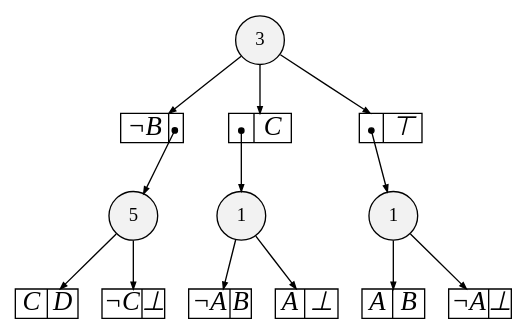
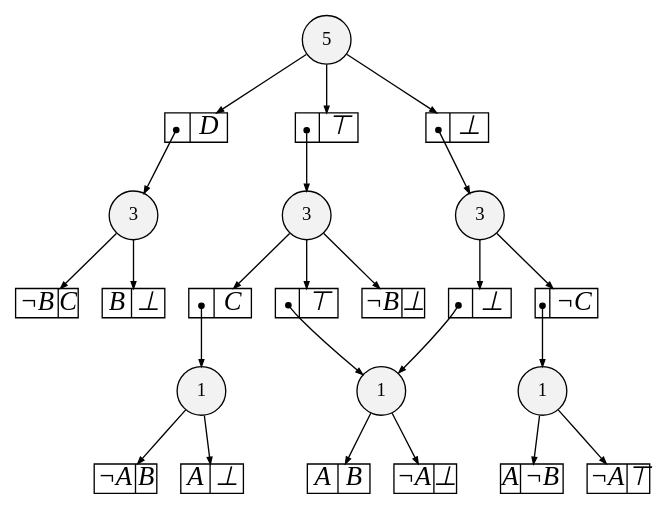
Before and after one commit to Soichi-Utsunomiya/FTA-by-SDD: the diagram in output/sddEx_sdd.dot, drawn with Graphviz. The commit also changed 16 other files, not shown here.

```diff
--- a/output/sddEx_sdd.dot
+++ b/output/sddEx_sdd.dot
@@ -3,13 +3,13 @@
 
 overlap=false
 
-{rank=same; n16 }
-{rank=same; n17 }
-{rank=same; n11 n14 }
+{rank=same; n20 }
+{rank=same; n15 n19 n18 }
+{rank=same; n14 n11 n13 }
 
-n16 [label= "5",style=filled,fillcolor=gray95,shape=circle,height=.25,width=.25]; 
-n16e0
-      [label= "<L>C|<R>D",
+n20 [label= "5",style=filled,fillcolor=gray95,shape=circle,height=.25,width=.25]; 
+n20e0
+      [label= "<L>|<R>D",
       shape=record,
       fontsize=20,
       fontname="Times-Italic",
@@ -19,9 +19,10 @@
       height=.30, 
       width=.65];
 
-n16->n16e0 [arrowsize=.50];
-n16e1
-      [label= "<L>&not;C|<R>&#8869;",
+n20->n20e0 [arrowsize=.50];
+n20e0:L:c->n18 [arrowsize=.50,tailclip=false,arrowtail=dot,dir=both];
+n20e1
+      [label= "<L>|<R>&#8868;",
       shape=record,
       fontsize=20,
       fontname="Times-Italic",
@@ -31,10 +32,10 @@
       height=.30, 
       width=.65];
 
-n16->n16e1 [arrowsize=.50];
-n17 [label= "3",style=filled,fillcolor=gray95,shape=circle,height=.25,width=.25]; 
-n17e0
-      [label= "<L>&not;B|<R>",
+n20->n20e1 [arrowsize=.50];
+n20e1:L:c->n15 [arrowsize=.50,tailclip=false,arrowtail=dot,dir=both];
+n20e2
+      [label= "<L>|<R>&#8869;",
       shape=record,
       fontsize=20,
       fontname="Times-Italic",
@@ -44,9 +45,10 @@
       height=.30, 
       width=.65];
 
-n17->n17e0 [arrowsize=.50];
-n17e0:R:c->n16 [arrowsize=.50,tailclip=false,arrowtail=dot,dir=both];
-n17e1
+n20->n20e2 [arrowsize=.50];
+n20e2:L:c->n19 [arrowsize=.50,tailclip=false,arrowtail=dot,dir=both];
+n15 [label= "3",style=filled,fillcolor=gray95,shape=circle,height=.25,width=.25]; 
+n15e0
       [label= "<L>|<R>C",
       shape=record,
       fontsize=20,
@@ -57,9 +59,9 @@
       height=.30, 
       width=.65];
 
-n17->n17e1 [arrowsize=.50];
-n17e1:L:c->n14 [arrowsize=.50,tailclip=false,arrowtail=dot,dir=both];
-n17e2
+n15->n15e0 [arrowsize=.50];
+n15e0:L:c->n14 [arrowsize=.50,tailclip=false,arrowtail=dot,dir=both];
+n15e1
       [label= "<L>|<R>&#8868;",
       shape=record,
       fontsize=20,
@@ -70,8 +72,97 @@
       height=.30, 
       width=.65];
 
-n17->n17e2 [arrowsize=.50];
-n17e2:L:c->n11 [arrowsize=.50,tailclip=false,arrowtail=dot,dir=both];
+n15->n15e1 [arrowsize=.50];
+n15e1:L:c->n11 [arrowsize=.50,tailclip=false,arrowtail=dot,dir=both];
+n15e2
+      [label= "<L>&not;B|<R>&#8869;",
+      shape=record,
+      fontsize=20,
+      fontname="Times-Italic",
+      fillcolor=white,
+      style=filled,
+      fixedsize=true,
+      height=.30, 
+      width=.65];
+
+n15->n15e2 [arrowsize=.50];
+n19 [label= "3",style=filled,fillcolor=gray95,shape=circle,height=.25,width=.25]; 
+n19e0
+      [label= "<L>|<R>&not;C",
+      shape=record,
+      fontsize=20,
+      fontname="Times-Italic",
+      fillcolor=white,
+      style=filled,
+      fixedsize=true,
+      height=.30, 
+      width=.65];
+
+n19->n19e0 [arrowsize=.50];
+n19e0:L:c->n13 [arrowsize=.50,tailclip=false,arrowtail=dot,dir=both];
+n19e1
+      [label= "<L>|<R>&#8869;",
+      shape=record,
+      fontsize=20,
+      fontname="Times-Italic",
+      fillcolor=white,
+      style=filled,
+      fixedsize=true,
+      height=.30, 
+      width=.65];
+
+n19->n19e1 [arrowsize=.50];
+n19e1:L:c->n11 [arrowsize=.50,tailclip=false,arrowtail=dot,dir=both];
+n18 [label= "3",style=filled,fillcolor=gray95,shape=circle,height=.25,width=.25]; 
+n18e0
+      [label= "<L>&not;B|<R>C",
+      shape=record,
+      fontsize=20,
+      fontname="Times-Italic",
+      fillcolor=white,
+      style=filled,
+      fixedsize=true,
+      height=.30, 
+      width=.65];
+
+n18->n18e0 [arrowsize=.50];
+n18e1
+      [label= "<L>B|<R>&#8869;",
+      shape=record,
+      fontsize=20,
+      fontname="Times-Italic",
+      fillcolor=white,
+      style=filled,
+      fixedsize=true,
+      height=.30, 
+      width=.65];
+
+n18->n18e1 [arrowsize=.50];
+n14 [label= "1",style=filled,fillcolor=gray95,shape=circle,height=.25,width=.25]; 
+n14e0
+      [label= "<L>&not;A|<R>B",
+      shape=record,
+      fontsize=20,
+      fontname="Times-Italic",
+      fillcolor=white,
+      style=filled,
+      fixedsize=true,
+      height=.30, 
+      width=.65];
+
+n14->n14e0 [arrowsize=.50];
+n14e1
+      [label= "<L>A|<R>&#8869;",
+      shape=record,
+      fontsize=20,
+      fontname="Times-Italic",
+      fillcolor=white,
+      style=filled,
+      fixedsize=true,
+      height=.30, 
+      width=.65];
+
+n14->n14e1 [arrowsize=.50];
 n11 [label= "1",style=filled,fillcolor=gray95,shape=circle,height=.25,width=.25]; 
 n11e0
       [label= "<L>A|<R>B",
@@ -97,9 +188,9 @@
       width=.65];
 
 n11->n11e1 [arrowsize=.50];
-n14 [label= "1",style=filled,fillcolor=gray95,shape=circle,height=.25,width=.25]; 
-n14e0
-      [label= "<L>&not;A|<R>B",
+n13 [label= "1",style=filled,fillcolor=gray95,shape=circle,height=.25,width=.25]; 
+n13e0
+      [label= "<L>A|<R>&not;B",
       shape=record,
       fontsize=20,
       fontname="Times-Italic",
@@ -109,9 +200,9 @@
       height=.30, 
       width=.65];
 
-n14->n14e0 [arrowsize=.50];
-n14e1
-      [label= "<L>A|<R>&#8869;",
+n13->n13e0 [arrowsize=.50];
+n13e1
+      [label= "<L>&not;A|<R>&#8868;",
       shape=record,
       fontsize=20,
       fontname="Times-Italic",
@@ -121,7 +212,7 @@
       height=.30, 
       width=.65];
 
-n14->n14e1 [arrowsize=.50];
+n13->n13e1 [arrowsize=.50];
 
 
 }
```
